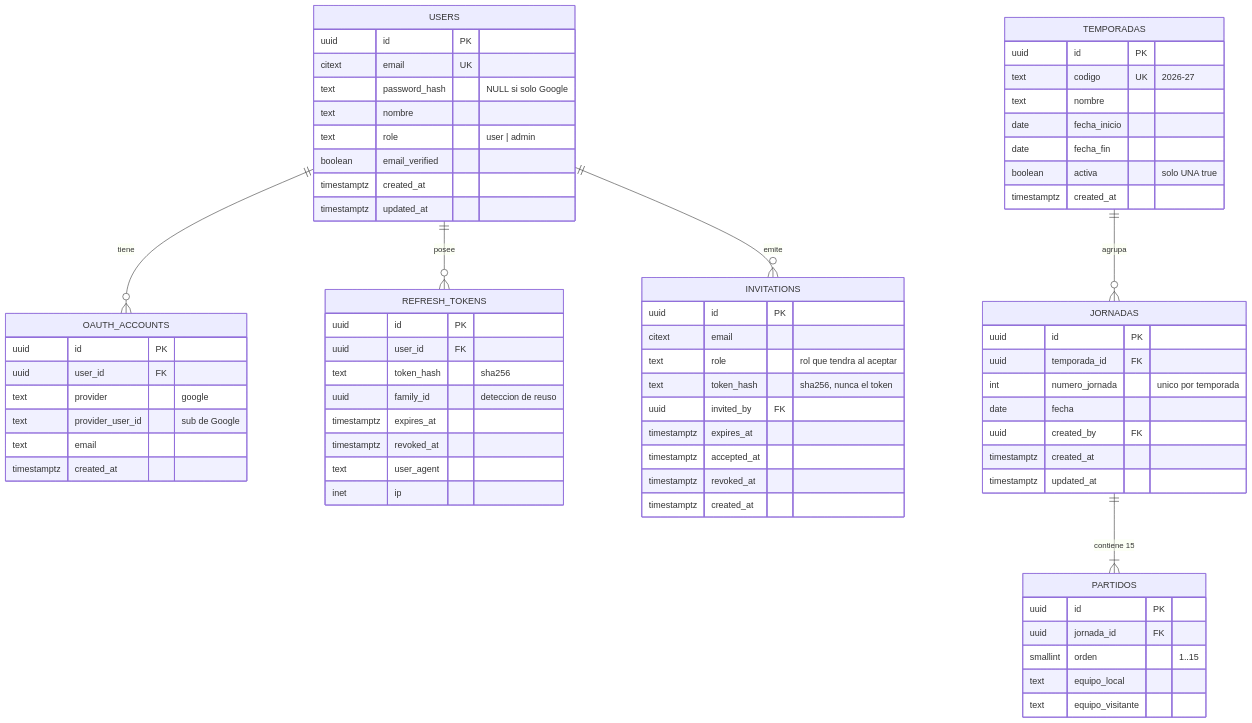
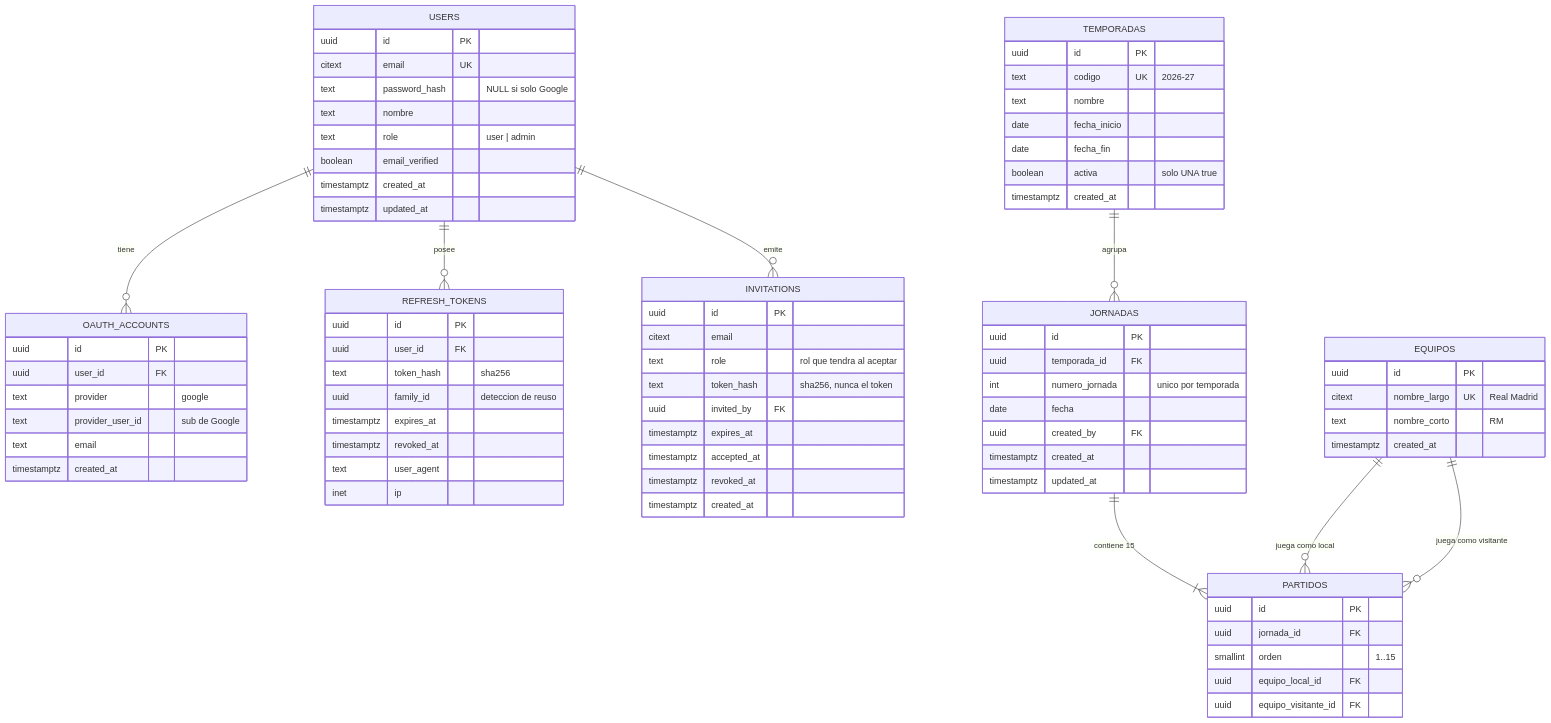
Before and after one commit to afayaizu-dev/quini-api: the second of 7 diagrams in docs/00-Plan-inicial.md, drawn with Mermaid. The commit also changed other lines of this file and 2 other files, not shown here.

Commit message:
docs: actualizar plan con normalizacion de equipos y credenciales quini

````diff
--- a/docs/00-Plan-inicial.md
+++ b/docs/00-Plan-inicial.md
@@ -406,73 +407,81 @@
 ```mermaid
 erDiagram
     USERS ||--o{ OAUTH_ACCOUNTS : "tiene"
     USERS ||--o{ REFRESH_TOKENS : "posee"
     USERS ||--o{ INVITATIONS : "emite"
     TEMPORADAS ||--o{ JORNADAS : "agrupa"
     JORNADAS ||--|{ PARTIDOS : "contiene 15"
+    EQUIPOS ||--o{ PARTIDOS : "juega como local"
+    EQUIPOS ||--o{ PARTIDOS : "juega como visitante"
 
     USERS {
         uuid id PK
         citext email UK
         text password_hash "NULL si solo Google"
         text nombre
         text role "user | admin"
         boolean email_verified
         timestamptz created_at
         timestamptz updated_at
     }
     INVITATIONS {
         uuid id PK
         citext email
         text role "rol que tendra al aceptar"
         text token_hash "sha256, nunca el token"
         uuid invited_by FK
         timestamptz expires_at
         timestamptz accepted_at
         timestamptz revoked_at
         timestamptz created_at
     }
     OAUTH_ACCOUNTS {
         uuid id PK
         uuid user_id FK
         text provider "google"
         text provider_user_id "sub de Google"
         text email
         timestamptz created_at
     }
     REFRESH_TOKENS {
         uuid id PK
         uuid user_id FK
         text token_hash "sha256"
         uuid family_id "deteccion de reuso"
         timestamptz expires_at
         timestamptz revoked_at
         text user_agent
         inet ip
     }
     TEMPORADAS {
         uuid id PK
         text codigo UK "2026-27"
         text nombre
         date fecha_inicio
         date fecha_fin
         boolean activa "solo UNA true"
         timestamptz created_at
     }
     JORNADAS {
         uuid id PK
         uuid temporada_id FK
         int numero_jornada "unico por temporada"
         date fecha
         uuid created_by FK
         timestamptz created_at
         timestamptz updated_at
     }
     PARTIDOS {
         uuid id PK
         uuid jornada_id FK
         smallint orden "1..15"
-        text equipo_local
-        text equipo_visitante
+        uuid equipo_local_id FK
+        uuid equipo_visitante_id FK
+    }
+    EQUIPOS {
+        uuid id PK
+        citext nombre_largo UK "Real Madrid"
+        text nombre_corto "RM"
+        timestamptz created_at
     }
 ```
````
